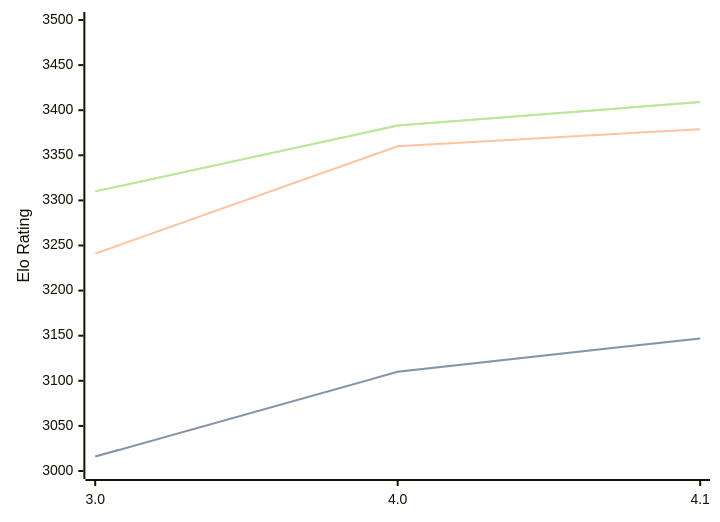
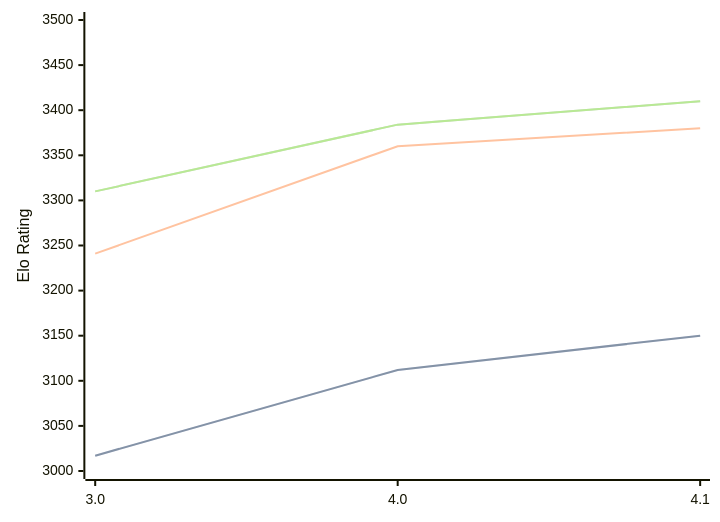
One commit to computer-chess-index/cci changed the third of 3 diagrams in engines/Eleanor.md. Above: the diagram before and after it, drawn with Mermaid. The commit also changed other lines of this file, not shown here.

Commit message:
Update CCI Ratings (ELO VLTC) - 2026-07-02

````diff
--- a/engines/Eleanor.md
+++ b/engines/Eleanor.md
@@ -68,11 +68,11 @@
 ```mermaid
 %%{init: {"theme":"base","themeVariables":{"seriesColors:['#a3a3a3','#222221','#faa371']}}}%%
 xychart-beta
   x-axis ["3.0", "4.0", "4.1"]
   y-axis "Elo Rating" 3000 --> 3500
-  line "STC (8.0+0.08s)" [3016, 3110, 3147]
-  line "STC (8.0+0.08s)" [3016, 3110, 3147]
-  line "LTC (60.0+0.60s)" [3241, 3360, 3379]
-  line "VLTC (2m24s+1.12s)" [3310, 3383, 3409]
-  line "VLTC (2m24s+1.12s)" [3310, 3383, 3409]
+  line "STC (8.0+0.08s)" [3017, 3112, 3150]
+  line "STC (8.0+0.08s)" [3017, 3112, 3150]
+  line "LTC (60.0+0.60s)" [3241, 3360, 3380]
+  line "VLTC (2m24s+1.12s)" [3310, 3384, 3410]
+  line "VLTC (2m24s+1.12s)" [3310, 3384, 3410]
 ```
````
